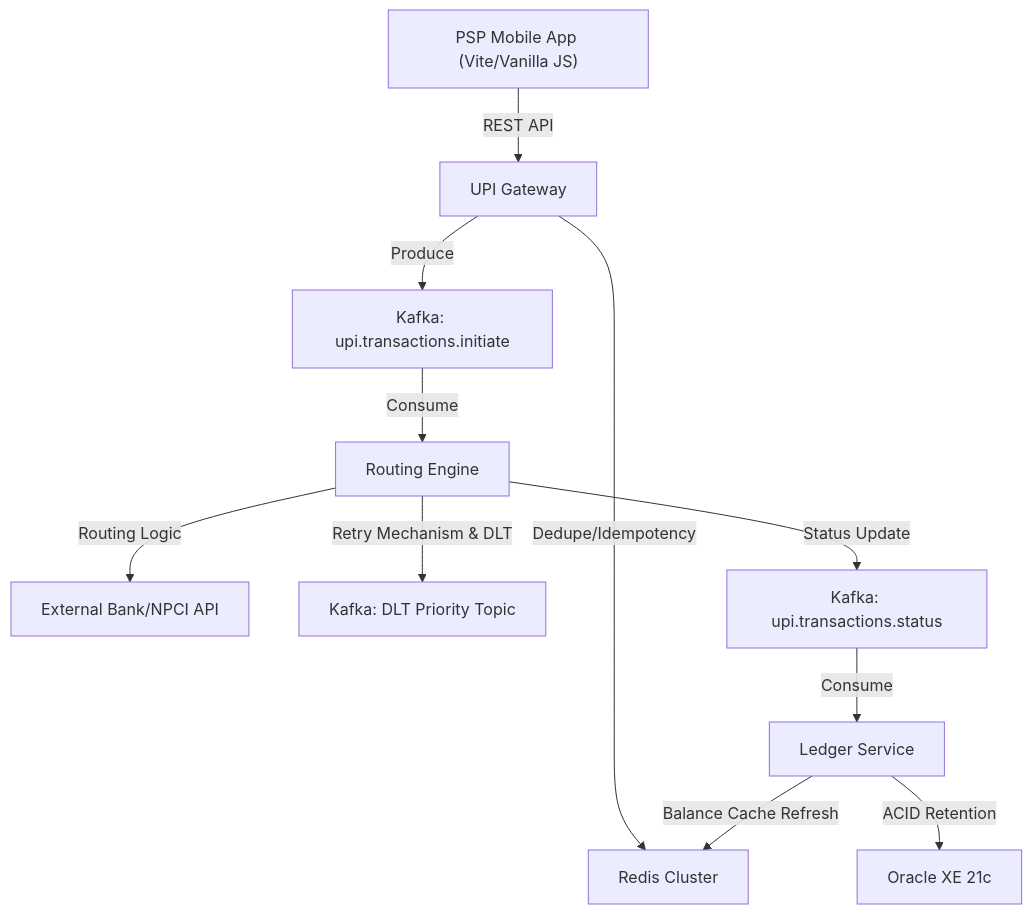
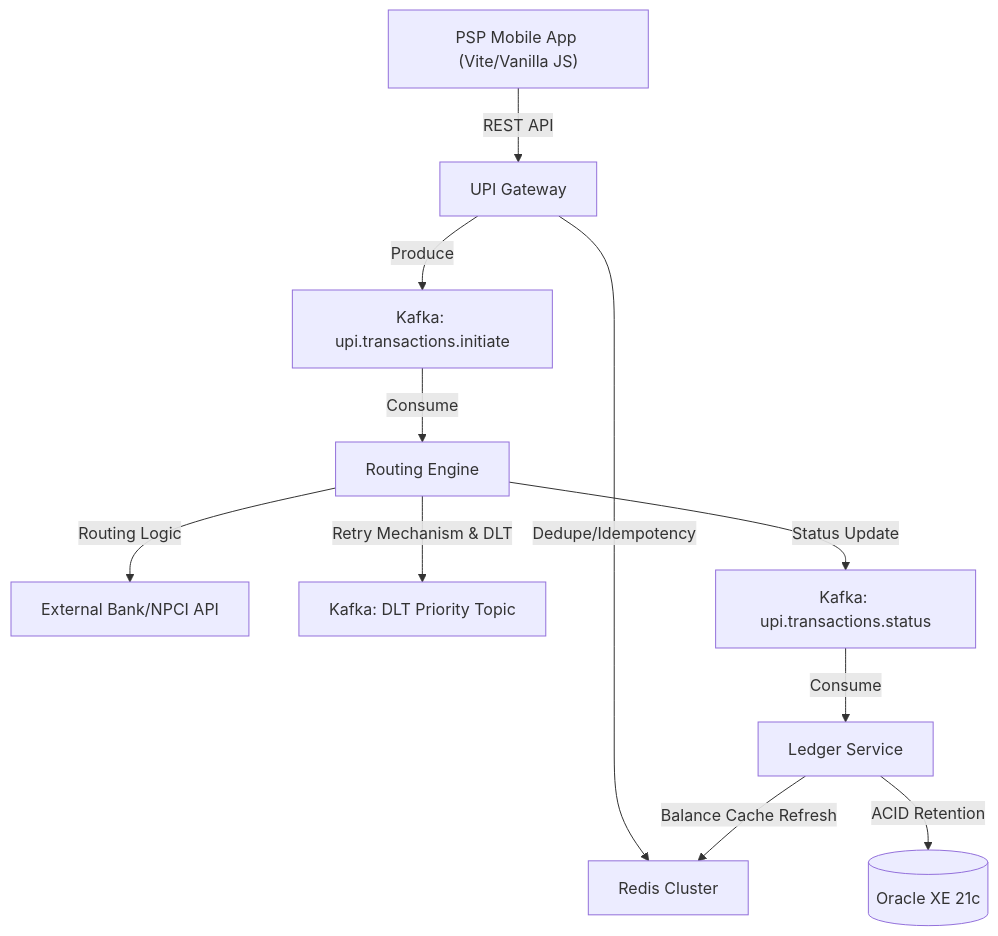
The second of 2 diagrams in README.md (dheerajtocsi/High-Throughput-UPI-Switch), drawn with Mermaid before and after one commit. The commit also changed other lines of this file and 2 other files, not shown here.

````diff
--- a/README.md
+++ b/README.md
@@ -84,15 +83,15 @@
 ```mermaid
 graph TD
     UI["PSP Mobile App (Vite/Vanilla JS)"] --> |REST API| GW["UPI Gateway"]
     GW --> |Dedupe/Idempotency| REDIS["Redis Cluster"]
     GW --> |Produce| KAFKA_INIT["Kafka: upi.transactions.initiate"]
     
     KAFKA_INIT --> |Consume| RE["Routing Engine"]
     RE --> |Routing Logic| BANK["External Bank/NPCI API"]
     RE --> |Retry Mechanism & DLT| KAFKA_DLQ["Kafka: DLT Priority Topic"]
     RE --> |Status Update| KAFKA_STAT["Kafka: upi.transactions.status"]
     
     KAFKA_STAT --> |Consume| LS["Ledger Service"]
-    LS --> |ACID Retention| ORA["Oracle XE 21c"]
+    LS --> |ACID Retention| ORA[(Oracle XE 21c)]
     LS --> |Balance Cache Refresh| REDIS
 ```
````
